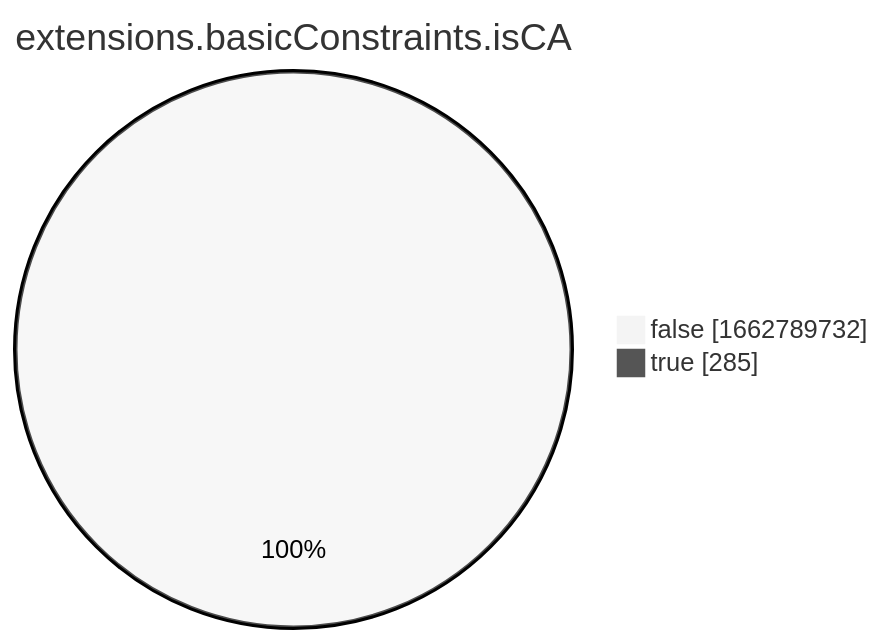
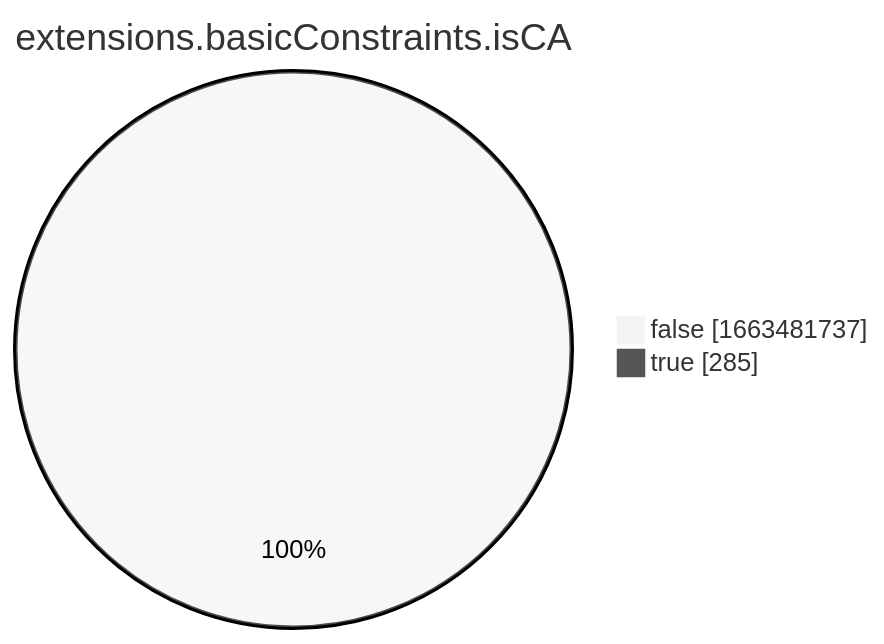
Before and after one commit to christiankrug/ctmonitor_visualization: the eighth of 15 diagrams in xenon2022/README.md, drawn with Mermaid (neutral theme). The commit also changed other lines of this file, not shown here.

````diff
--- a/xenon2022/README.md
+++ b/xenon2022/README.md
@@ -2865,6 +2865,6 @@
 ```mermaid
 pie showData
 title extensions.basicConstraints.isCA
-"false" :1662789732
+"false" :1663481737
 "true" :285
 ```
````
